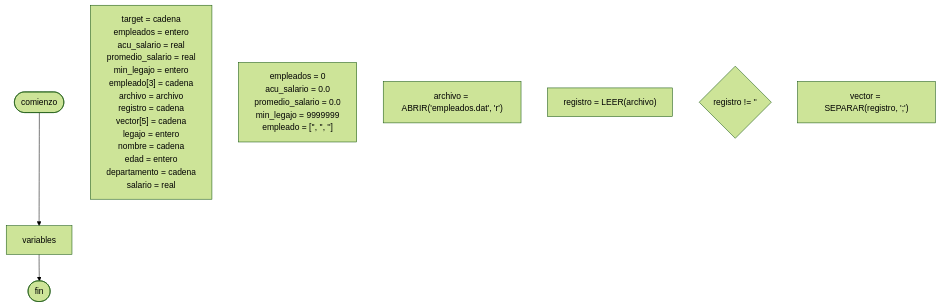
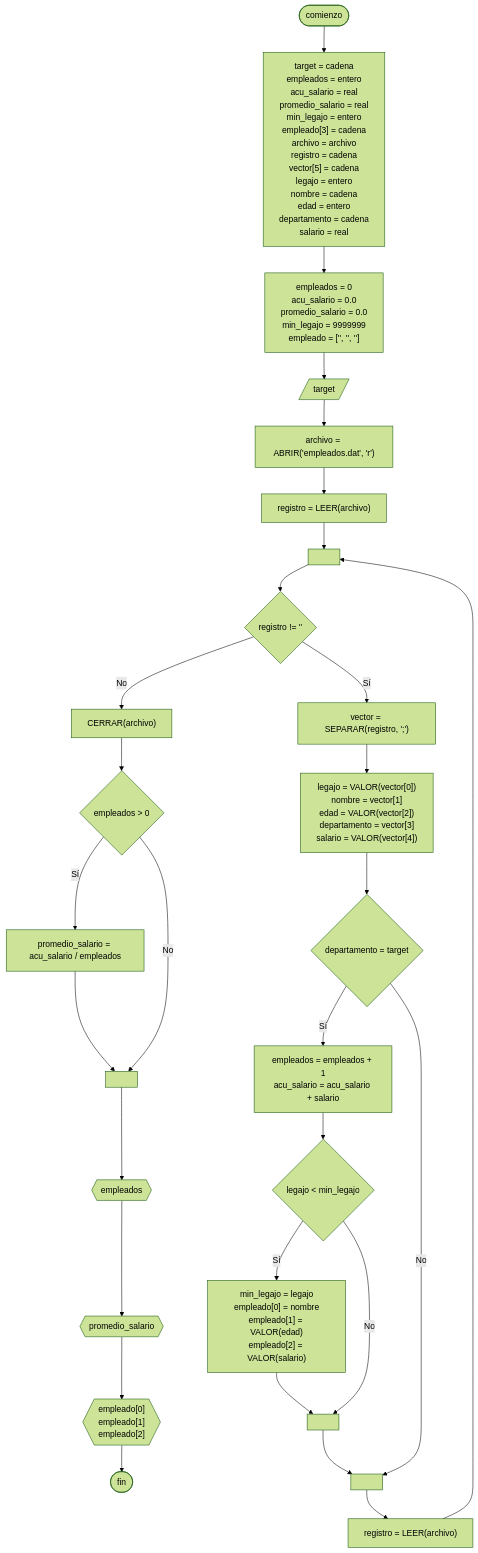
One commit to martinstanicio/ingenieria-en-sistemas changed the diagram in Algoritmos y Estructuras de Datos/Actividades/20241102 - Empleados.md. Above: the diagram before and after it, drawn with Mermaid (forest theme). The commit also changed other lines of this file and 3 other files, not shown here.

````diff
--- a/Algoritmos y Estructuras de Datos/Actividades/20241102 - Empleados.md
+++ b/Algoritmos y Estructuras de Datos/Actividades/20241102 - Empleados.md
@@ -25,34 +25,79 @@
 ```mermaid
 flowchart TB
 	comienzo([comienzo])
     
 	declarar["`target = cadena
 	empleados = entero
 	acu_salario = real
 	promedio_salario = real
 	min_legajo = entero
 	empleado[3] = cadena
 	archivo = archivo
 	registro = cadena
 	vector[5] = cadena
 	legajo = entero
 	nombre = cadena
 	edad = entero
 	departamento = cadena
 	salario = real`"]
 	inicializar["`empleados = 0
 	acu_salario = 0.0
 	promedio_salario = 0.0
 	min_legajo = 9999999
 	empleado = ['', '', '']`"]
 	
+	target[/"target"/]
+	
 	archivo_abrir["archivo = ABRIR('empleados.dat', 'r')"]
 	registro1["registro = LEER(archivo)"]
 	
 	while{"registro != ''"}
 	vector["vector = SEPARAR(registro, ';')"]
+	
+    campos["`legajo = VALOR(vector[0])
+    nombre = vector[1]
+    edad = VALOR(vector[2])
+    departamento = vector[3]
+    salario = VALOR(vector[4])`"]
+    
+    if1{"departamento = target"}
+    if1_si["`empleados = empleados + 1
+    acu_salario = acu_salario + salario`"]
+    
+    if2{"legajo < min_legajo"}
+    if2_si["`min_legajo = legajo
+    empleado[0] = nombre
+    empleado[1] = VALOR(edad)
+    empleado[2] = VALOR(salario)`"]
+    
+    registro2["registro = LEER(archivo)"]
+    
+    archivo_cerrar["CERRAR(archivo)"]
+    
+    if3{"empleados > 0"}
+    promedio["promedio_salario = acu_salario / empleados"]
+    
+    mostrar1{{"empleados"}}
+    mostrar2{{"promedio_salario"}}
+    mostrar3{{"`empleado[0]
+    empleado[1]
+    empleado[2]`"}}
     
     fin([fin])
     
-	comienzo --> variables --> fin
+    a[" "]
+    b[" "]
+    c[" "]
+    d[" "]
+    
+	comienzo --> declarar --> inicializar --> target --> archivo_abrir --> registro1 --> a --> while -- "Sí" --> vector --> campos --> if1
+	if1 -- "Sí" --> if1_si --> if2
+	if2 -- "Sí" --> if2_si --> b
+	if2 -- "No" --> b
+	b --> c
+	if1 -- "No" --> c --> registro2 --> a
+	while -- "No" --> archivo_cerrar --> if3
+	if3 -- "Sí" --> promedio --> d
+	if3 -- "No" --> d
+	d --> mostrar1 --> mostrar2 --> mostrar3 --> fin
 ```
````
